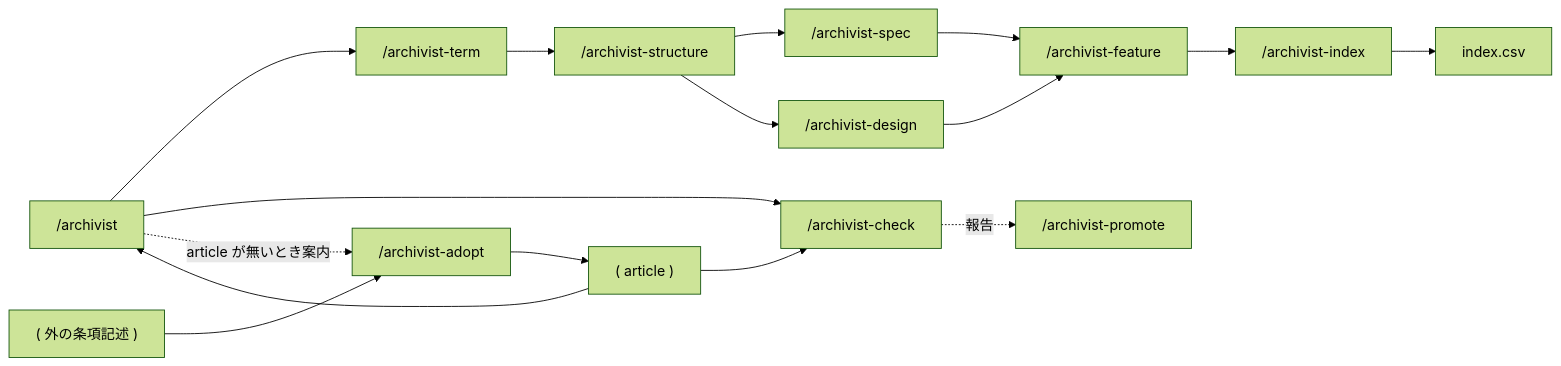
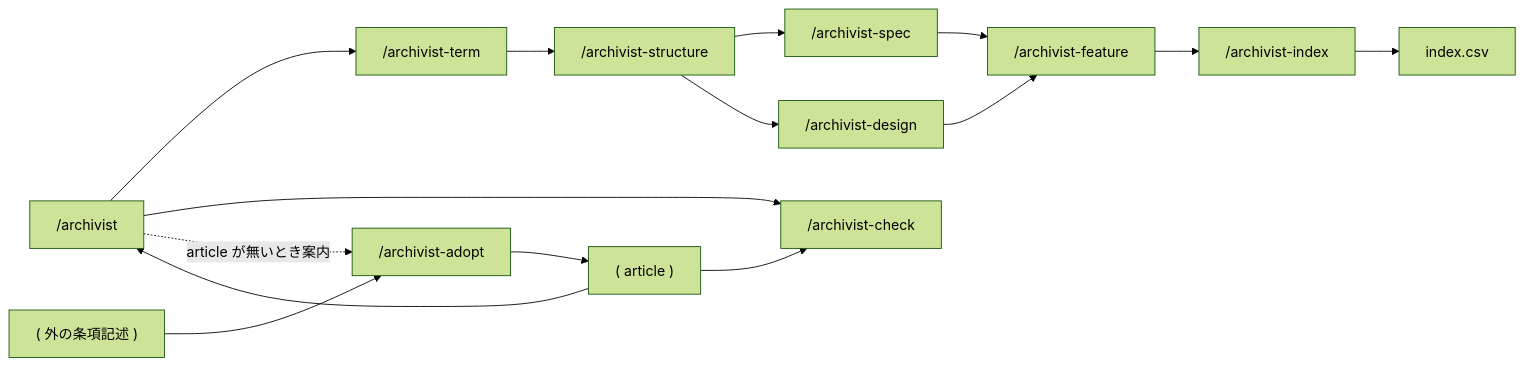
One commit to gameundwatch/archivist changed the first of 2 diagrams in docs/archivist/L3_structures/skill-composition.md. Above: the diagram before and after it, drawn with Mermaid (forest theme). The commit also changed other lines of this file and 25 other files, not shown here.

````diff
--- a/docs/archivist/L3_structures/skill-composition.md
+++ b/docs/archivist/L3_structures/skill-composition.md
@@ -7,13 +7,13 @@
 ```mermaid
 flowchart LR
     A["/archivist"]
     A --> T["/archivist-term"] --> S["/archivist-structure"]
     S --> SP["/archivist-spec"] --> F["/archivist-feature"]
     S --> D["/archivist-design"] --> F
-    A --> C["/archivist-check"] -.報告.-> P["/archivist-promote"]
+    A --> C["/archivist-check"]
     F --> IX["/archivist-index"] --> CSV["index.csv"]
     DEC["( article )"] --> C
     EXT["( 外の条項記述 )"] --> AD["/archivist-adopt"] --> DEC
     DEC --> A
     A -.article が無いとき案内.-> AD
 ```
````
